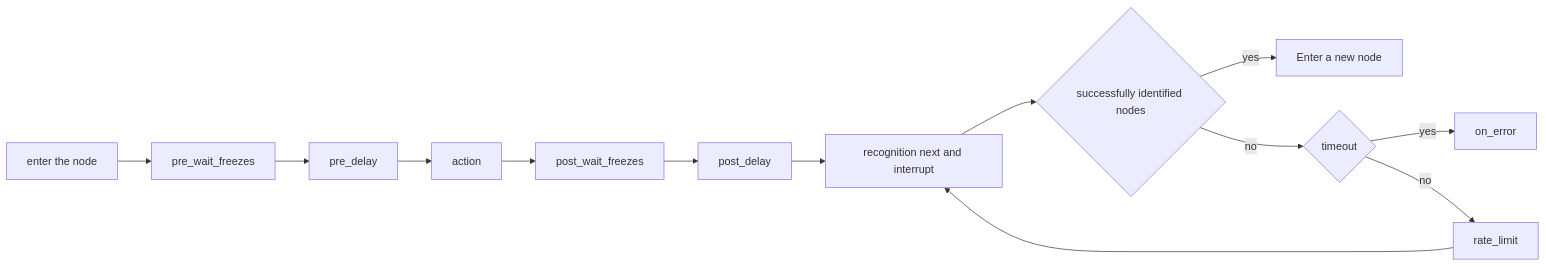
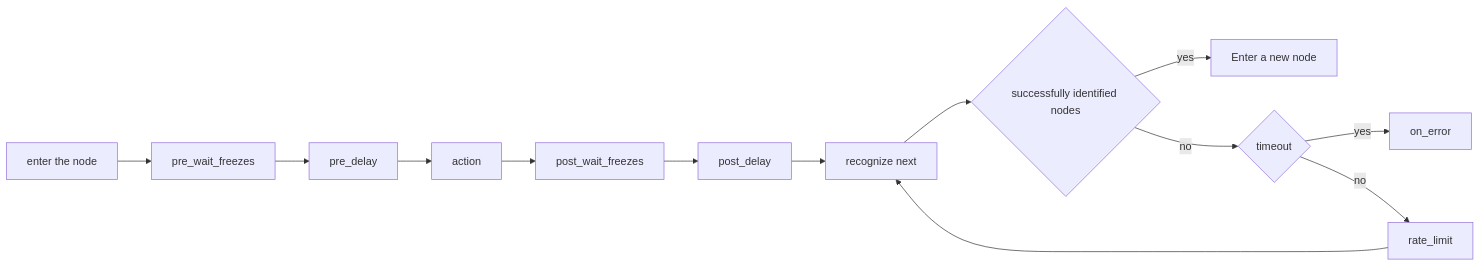
Before and after one commit to MaaXYZ/MaaFramework: the fourth of 4 diagrams in docs/en_us/3.1-PipelineProtocol.md, drawn with Mermaid. The commit also changed other lines of this file and 14 other files, not shown here.

````diff
--- a/docs/en_us/3.1-PipelineProtocol.md
+++ b/docs/en_us/3.1-PipelineProtocol.md
@@ -222,15 +228,15 @@
 ```mermaid
     graph LR
         A[enter the node] --> B[pre_wait_freezes]
         B --> C[pre_delay]
         C --> D[action]
         D --> E[post_wait_freezes]
         E --> F[post_delay]
-        F --> G[recognition next and interrupt]
+        F --> G[recognize next]
         G --> H{successfully identified nodes}
         H -->|yes| I[Enter a new node]
         H -->|no| J{timeout}
         J -->|yes| K[on_error]
         J -->|no| L[rate_limit]
         L --> G
 ```
````
